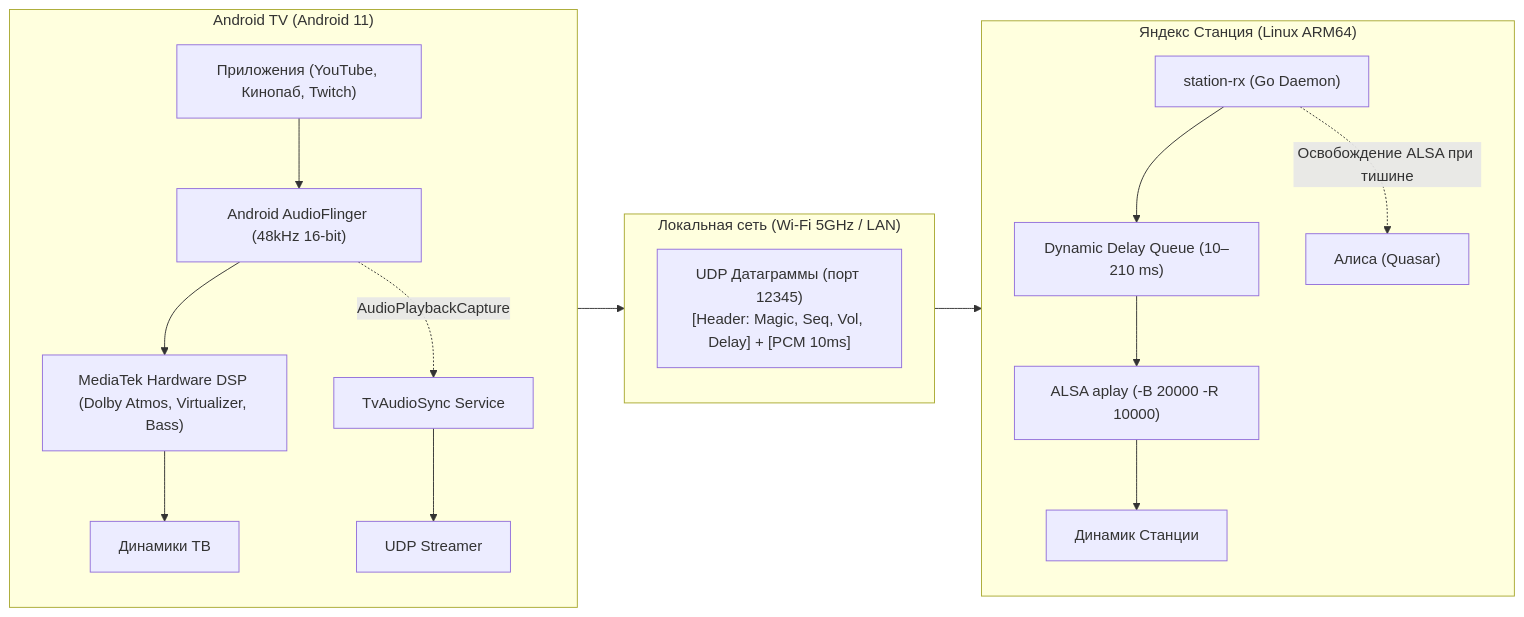
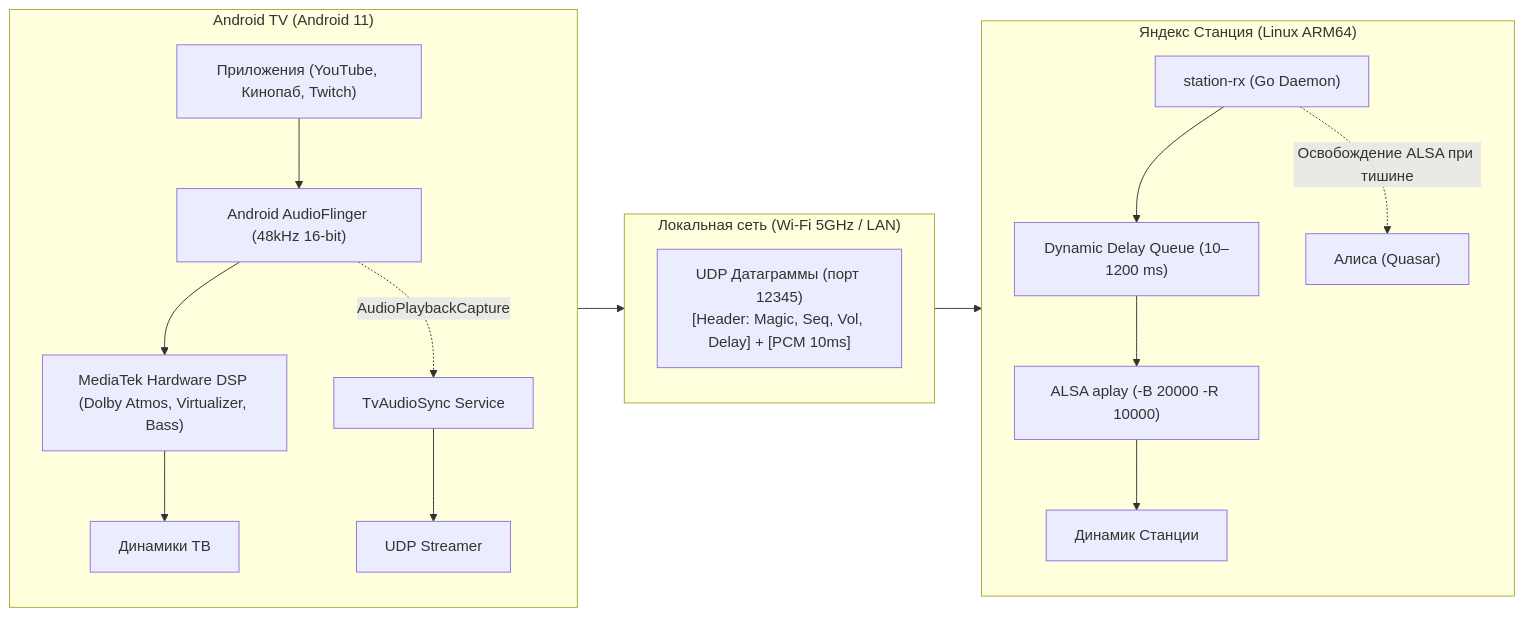
One commit to 07enzo07-cmd/tv-yandex-audio-sync changed the diagram in README.md. Above: the diagram before and after it, drawn with Mermaid. The commit also changed other lines of this file and 4 other files, not shown here.

````diff
--- a/README.md
+++ b/README.md
@@ -44,38 +45,38 @@
 ```mermaid
 flowchart LR
     subgraph TV["Android TV (Android 11)"]
         direction TB
         APP["Приложения (YouTube, Кинопаб, Twitch)"]
         HAL["Android AudioFlinger (48kHz 16-bit)"]
         DSP["MediaTek Hardware DSP (Dolby Atmos, Virtualizer, Bass)"]
         SPK_TV["Динамики ТВ"]
         SERVICE["TvAudioSync Service"]
         UDP_SEND["UDP Streamer"]
         
         APP --> HAL
         HAL --> DSP --> SPK_TV
         HAL -.->|AudioPlaybackCapture| SERVICE
         SERVICE --> UDP_SEND
     end
 
     subgraph NET["Локальная сеть (Wi-Fi 5GHz / LAN)"]
         UDP_PKT["UDP Датаграммы (порт 12345)\n[Header: Magic, Seq, Vol, Delay] + [PCM 10ms]"]
     end
 
     subgraph STATION["Яндекс Станция (Linux ARM64)"]
         direction TB
         DAEMON["station-rx (Go Daemon)"]
-        QUEUE["Dynamic Delay Queue (10–210 ms)"]
+        QUEUE["Dynamic Delay Queue (10–1200 ms)"]
         ALSA["ALSA aplay (-B 20000 -R 10000)"]
         SPK_ST["Динамик Станции"]
         ALICE["Алиса (Quasar)"]
 
         DAEMON --> QUEUE
         QUEUE --> ALSA
         ALSA --> SPK_ST
         DAEMON -.->|Освобождение ALSA при тишине| ALICE
     end
 
     UDP_SEND --> NET
     NET --> DAEMON
 ```
````
